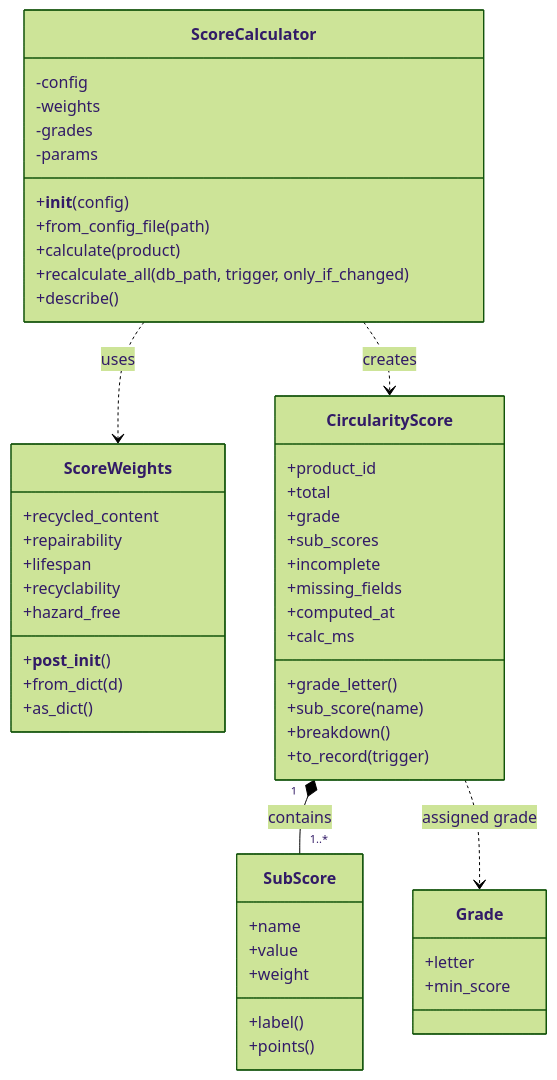
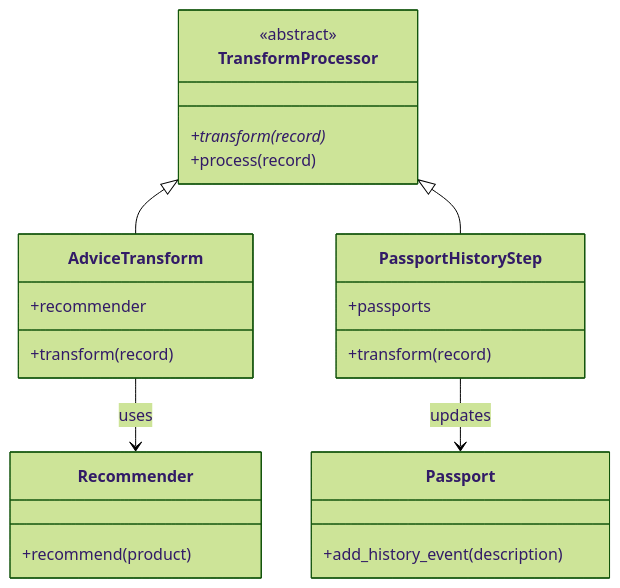
The fourth of 4 diagrams in README.md (pradnya-shinde001/group15-circular-product-passport), drawn with Mermaid (forest theme) before and after one commit. The commit also changed other lines of this file and 2 other files, not shown here.

Commit message:
Added class diagrams for streamline framework

````diff
--- a/README.md
+++ b/README.md
@@ -195,60 +193,27 @@
 ```mermaid
 classDiagram
-    class ScoreCalculator {
-        -config
-        -weights
-        -grades
-        -params
-        +__init__(config)
-        +from_config_file(path)
-        +calculate(product)
-        +recalculate_all(db_path, trigger, only_if_changed)
-        +describe()
+    class TransformProcessor {
+        <<abstract>>
+        +transform(record)*
+        +process(record)
+    }
+    class AdviceTransform {
+        +recommender
+        +transform(record)
+    }
+    class PassportHistoryStep {
+        +passports
+        +transform(record)
+    }
+    class Recommender {
+        +recommend(product)
+    }
+    class Passport {
+        +add_history_event(description)
     }
 
-    class ScoreWeights {
-        +recycled_content
-        +repairability
-        +lifespan
-        +recyclability
-        +hazard_free
-        +__post_init__()
-        +from_dict(d)
-        +as_dict()
-    }
-
-    class CircularityScore {
-        +product_id
-        +total
-        +grade
-        +sub_scores
-        +incomplete
-        +missing_fields
-        +computed_at
-        +calc_ms
-        +grade_letter()
-        +sub_score(name)
-        +breakdown()
-        +to_record(trigger)
-    }
-
-    class SubScore {
-        +name
-        +value
-        +weight
-        +label()
-        +points()
-    }
-
-    class Grade {
-        +letter
-        +min_score
-    }
-
-
-    ScoreCalculator ..> ScoreWeights : uses
-    ScoreCalculator ..> CircularityScore : creates
-    CircularityScore "1" *-- "1..*" SubScore : contains
-    CircularityScore ..> Grade : assigned grade
-    
+    TransformProcessor <|-- AdviceTransform
+    TransformProcessor <|-- PassportHistoryStep
+    AdviceTransform --> Recommender : uses
+    PassportHistoryStep --> Passport : updates
 ```
````
